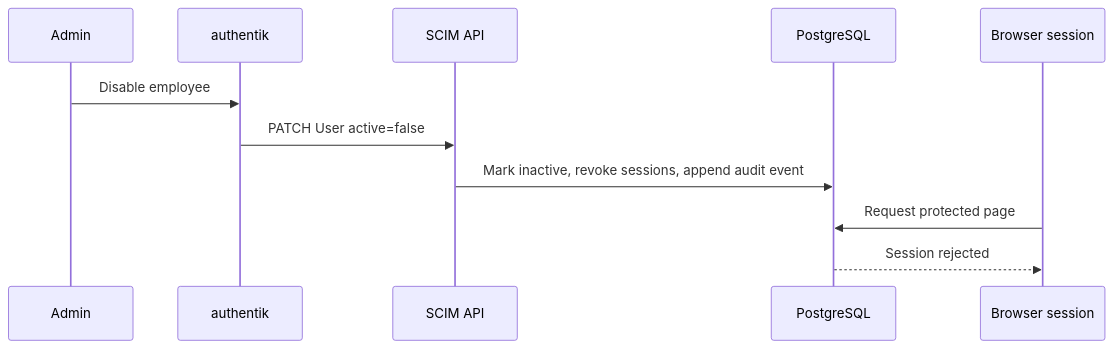
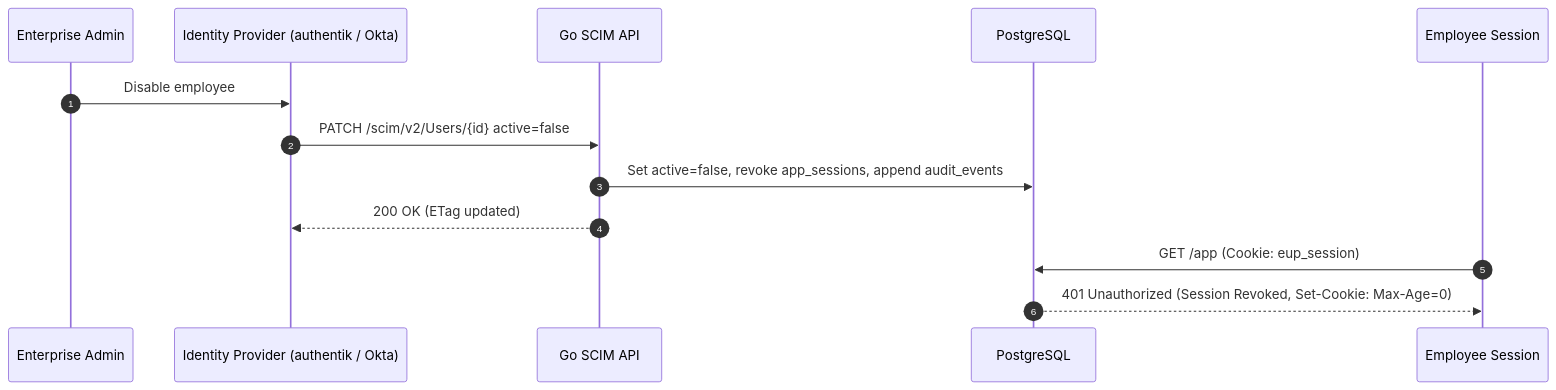
One commit to ranajahanzaib/enterprise-user-provisioning changed the second of 2 diagrams in README.md. Above: the diagram before and after it, drawn with Mermaid. The commit also changed other lines of this file, not shown here.

First line of the commit message:
docs(readme): update README with showcase gallery, architecture, and recipes

````diff
--- a/README.md
+++ b/README.md
@@ -24,13 +49,15 @@
 ```mermaid
 sequenceDiagram
-  participant A as Admin
-  participant I as authentik
-  participant S as SCIM API
-  participant D as PostgreSQL
-  participant B as Browser session
-  A->>I: Disable employee
-  I->>S: PATCH User active=false
-  S->>D: Mark inactive, revoke sessions, append audit event
-  B->>D: Request protected page
-  D-->>B: Session rejected
+  autonumber
+  participant Admin as Enterprise Admin
+  participant IdP as Identity Provider (authentik / Okta)
+  participant SCIM as Go SCIM API
+  participant DB as PostgreSQL
+  participant Browser as Employee Session
+  Admin->>IdP: Disable employee
+  IdP->>SCIM: PATCH /scim/v2/Users/{id} active=false
+  SCIM->>DB: Set active=false, revoke app_sessions, append audit_events
+  SCIM-->>IdP: 200 OK (ETag updated)
+  Browser->>DB: GET /app (Cookie: eup_session)
+  DB-->>Browser: 401 Unauthorized (Session Revoked, Set-Cookie: Max-Age=0)
 ```
````
